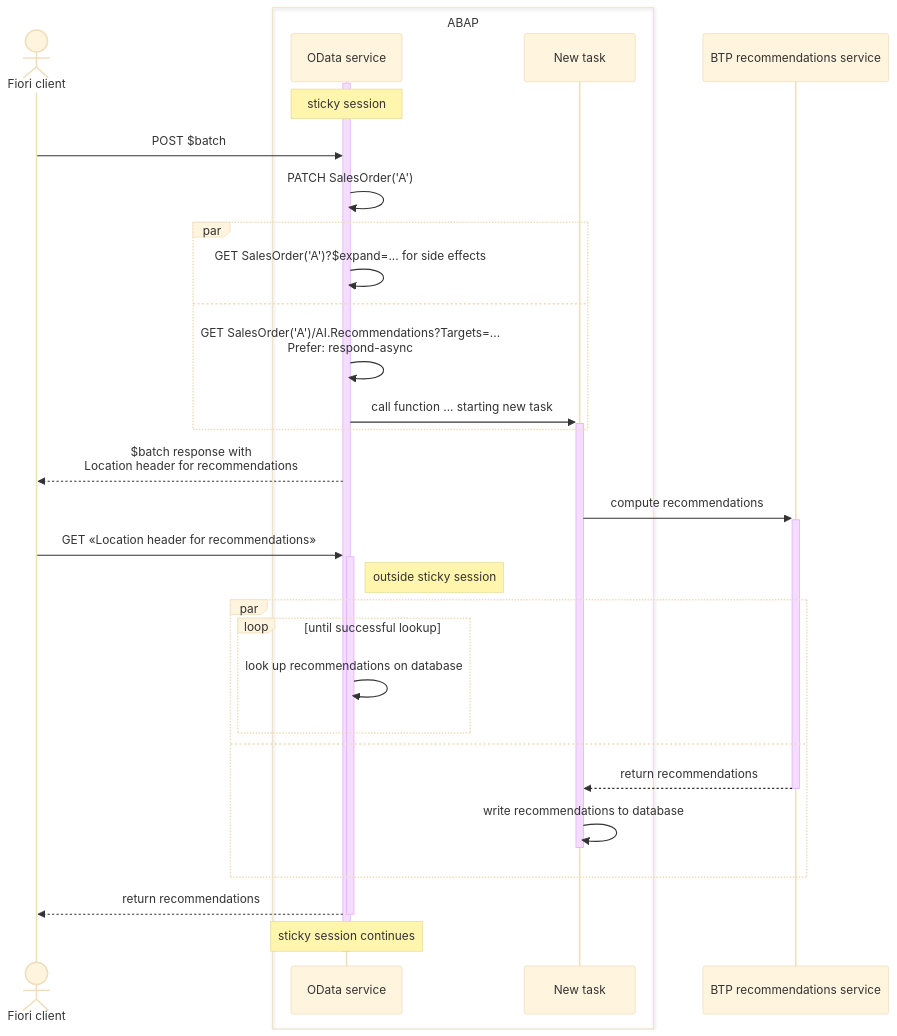
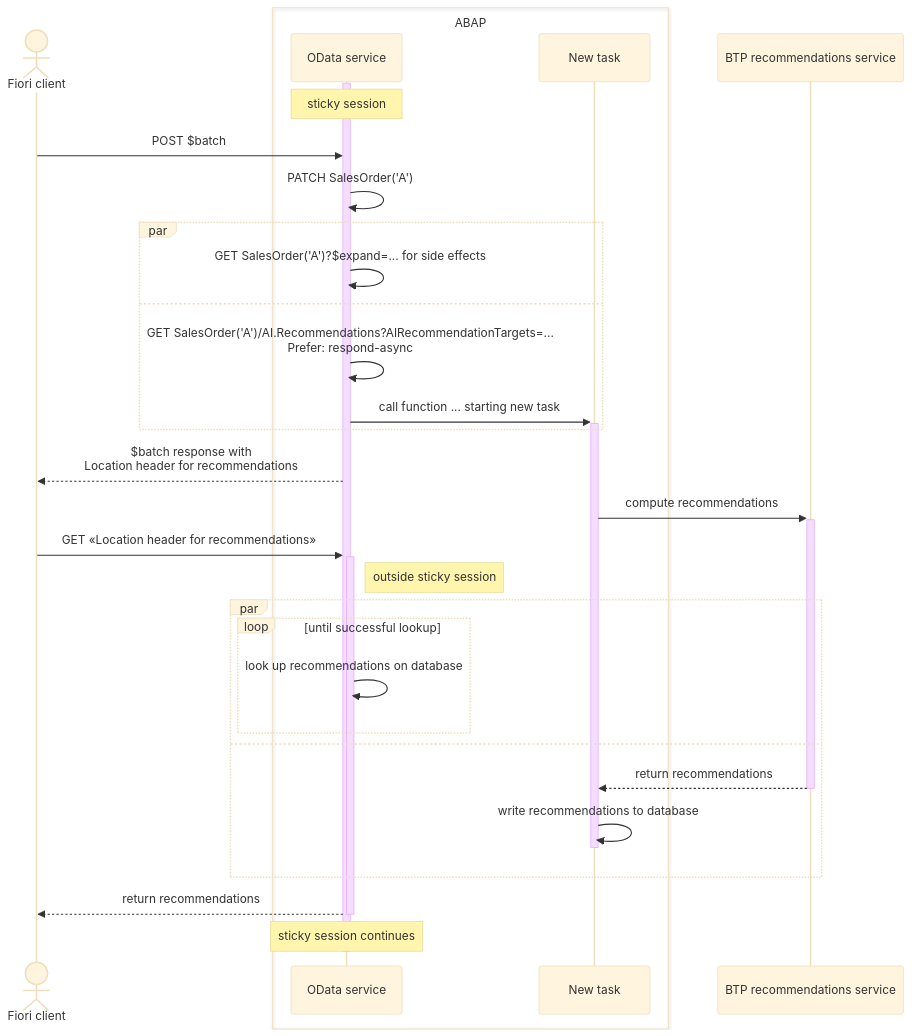
Before and after one commit to SAP/odata-vocabularies: the first of 3 diagrams in docs/recommendations.md, drawn with Mermaid (base theme). The commit also changed 3 other files, not shown here.

Commit message:
Syntax for AIRecommendationTargets

````diff
--- a/docs/recommendations.md
+++ b/docs/recommendations.md
@@ -3,35 +3,35 @@
 ```mermaid
 sequenceDiagram
   actor client as Fiori client
   box ABAP
     participant server as OData service
     participant task as New task
   end
   participant AI as BTP recommendations service
   activate server
   note over server: sticky session
   client ->> server: POST $batch
   server ->> server: PATCH SalesOrder('A')
   par
     server ->> server: GET SalesOrder('A')?$expand=... for side effects
   and
-    server ->> server: GET SalesOrder('A')/AI.Recommendations?Targets=...<br>Prefer: respond-async
+    server ->> server: GET SalesOrder('A')/AI.Recommendations?AIRecommendationTargets=...<br>Prefer: respond-async
     server ->>+ task: call function ... starting new task
   end
   server -->> client: $batch response with<br>Location header for recommendations
   task ->>+ AI: compute recommendations
   client ->>+ server: GET «Location header for recommendations»
   note right of server: outside sticky session
   par
     loop until successful lookup
       server ->> server: look up recommendations on database
     end
   and
     AI -->>- task: return recommendations
     task ->> task: write recommendations to database
     deactivate task
   end
   server -->>- client: return recommendations
   note over server: sticky session continues
   deactivate server
 ```
````
